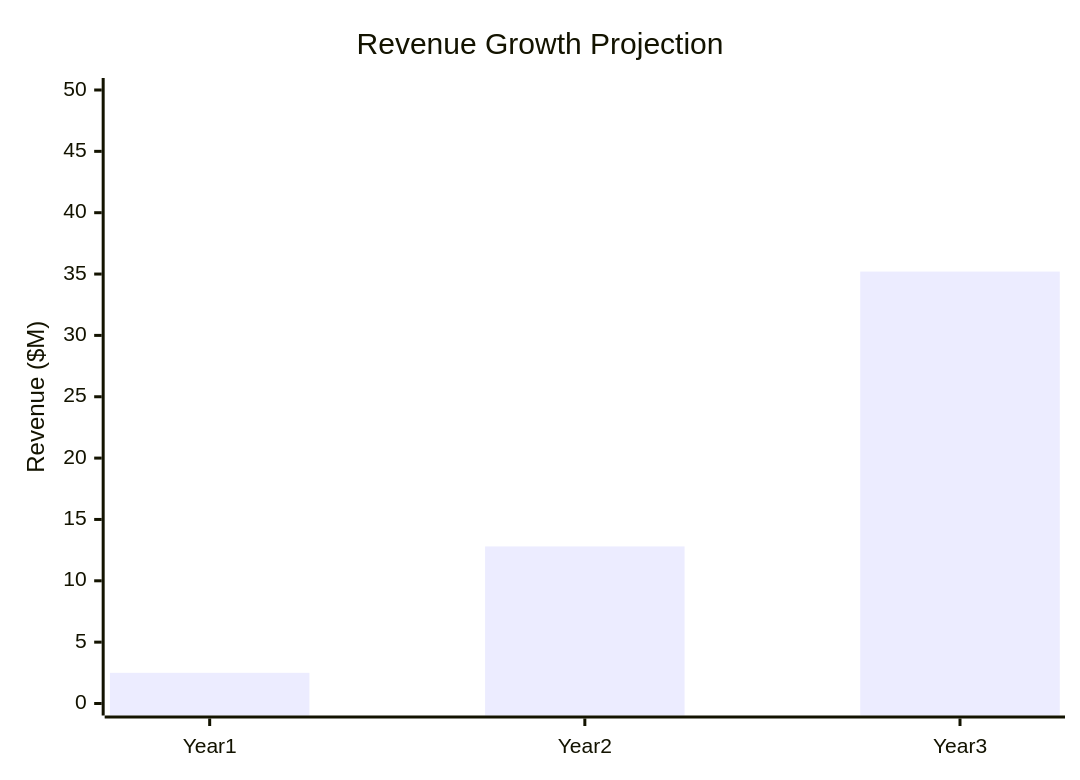
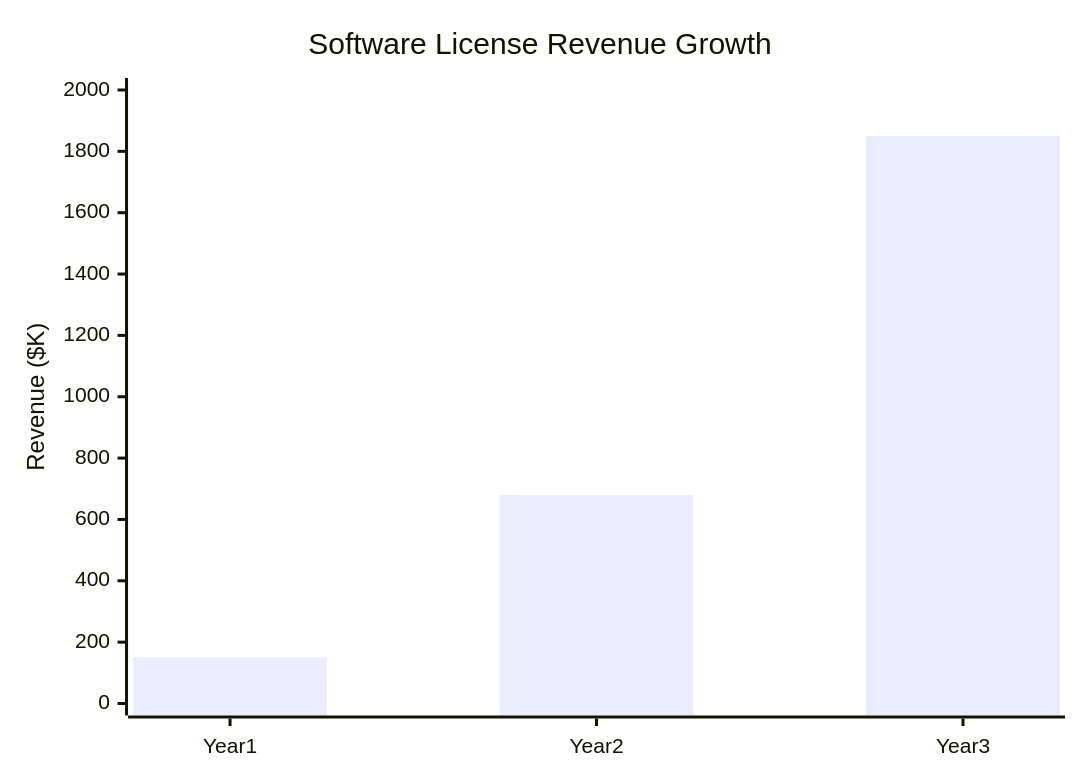
Before and after one commit to michaeloboyle/brainstorm-collaboration: the fifth of 23 diagrams in ideas/polkadot-arbitrage-system.md, drawn with Mermaid. The commit also changed other lines of this file, not shown here.

````diff
--- a/ideas/polkadot-arbitrage-system.md
+++ b/ideas/polkadot-arbitrage-system.md
@@ -229,7 +233,7 @@
 ```mermaid
 xychart-beta
-    title "Revenue Growth Projection"
+    title "Software License Revenue Growth"
     x-axis [Year 1, Year 2, Year 3]
-    y-axis "Revenue ($M)" 0 --> 50
-    bar [2.5, 12.8, 35.2]
+    y-axis "Revenue ($K)" 0 --> 2000
+    bar [150, 680, 1850]
 ```
````
